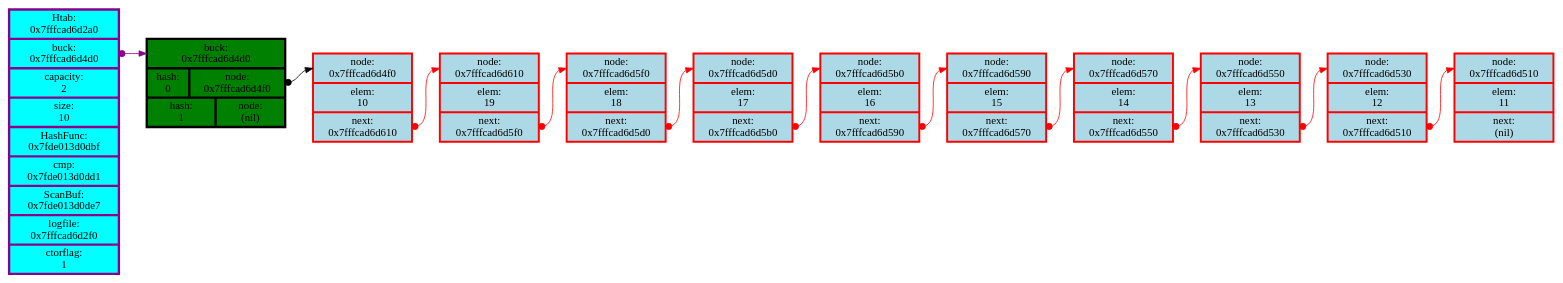
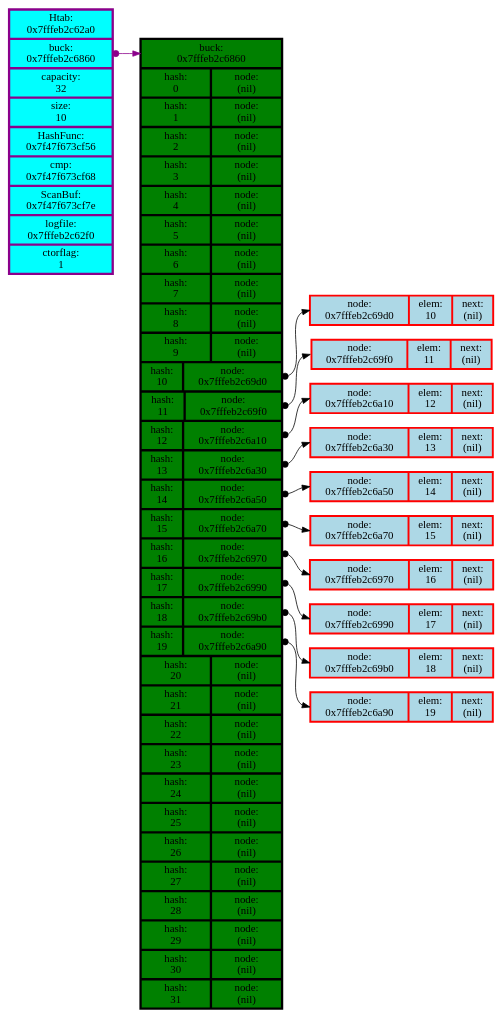
One commit to LegendaryHog/Hash_Tab changed the diagram in logs/graph_dump.dot. Above: the diagram before and after it, drawn with Graphviz. The commit also changed 4 other files, not shown here.

```diff
--- a/logs/graph_dump.dot
+++ b/logs/graph_dump.dot
@@ -1,57 +1,39 @@
 digraph G{
 	rankdir=LR;
 	node[color="red",shape=record];
-	HTAB [color = darkmagenta, style = filled, fillcolor = aqua, penwidth=3.0,  label = "Htab:\n 0x7fffcad6d2a0 | <BUCK> buck:\n 0x7fffcad6d4d0 | capacity:\n 2 | size:\n 10 | HashFunc:\n 0x7fde013d0dbf | cmp:\n 0x7fde013d0dd1 | ScanBuf:\n 0x7fde013d0de7 | logfile:\n 0x7fffcad6d2f0 | ctorflag:\n 1"];
+	HTAB [color = darkmagenta, style = filled, fillcolor = aqua, penwidth=3.0,  label = "Htab:\n 0x7fffeb2c62a0 | <BUCK> buck:\n 0x7fffeb2c6860 | capacity:\n 32 | size:\n 10 | HashFunc:\n 0x7f47f673cf56 | cmp:\n 0x7f47f673cf68 | ScanBuf:\n 0x7f47f673cf7e | logfile:\n 0x7fffeb2c62f0 | ctorflag:\n 1"];
 	subgraph BUCKET {
-		BUCKET [style = filled, fillcolor = green, penwidth=3.0, color = black, label = " <bucket> buck:\n0x7fffcad6d4d0 | {hash:\n 0 |<buck0> node:\n0x7fffcad6d4f0} | {hash:\n 1 |<buck1> node:\n(nil)}"];
+		BUCKET [style = filled, fillcolor = green, penwidth=3.0, color = black, label = " <bucket> buck:\n0x7fffeb2c6860 | {hash:\n 0 |<buck0> node:\n(nil)} | {hash:\n 1 |<buck1> node:\n(nil)} | {hash:\n 2 |<buck2> node:\n(nil)} | {hash:\n 3 |<buck3> node:\n(nil)} | {hash:\n 4 |<buck4> node:\n(nil)} | {hash:\n 5 |<buck5> node:\n(nil)} | {hash:\n 6 |<buck6> node:\n(nil)} | {hash:\n 7 |<buck7> node:\n(nil)} | {hash:\n 8 |<buck8> node:\n(nil)} | {hash:\n 9 |<buck9> node:\n(nil)} | {hash:\n 10 |<buck10> node:\n0x7fffeb2c69d0} | {hash:\n 11 |<buck11> node:\n0x7fffeb2c69f0} | {hash:\n 12 |<buck12> node:\n0x7fffeb2c6a10} | {hash:\n 13 |<buck13> node:\n0x7fffeb2c6a30} | {hash:\n 14 |<buck14> node:\n0x7fffeb2c6a50} | {hash:\n 15 |<buck15> node:\n0x7fffeb2c6a70} | {hash:\n 16 |<buck16> node:\n0x7fffeb2c6970} | {hash:\n 17 |<buck17> node:\n0x7fffeb2c6990} | {hash:\n 18 |<buck18> node:\n0x7fffeb2c69b0} | {hash:\n 19 |<buck19> node:\n0x7fffeb2c6a90} | {hash:\n 20 |<buck20> node:\n(nil)} | {hash:\n 21 |<buck21> node:\n(nil)} | {hash:\n 22 |<buck22> node:\n(nil)} | {hash:\n 23 |<buck23> node:\n(nil)} | {hash:\n 24 |<buck24> node:\n(nil)} | {hash:\n 25 |<buck25> node:\n(nil)} | {hash:\n 26 |<buck26> node:\n(nil)} | {hash:\n 27 |<buck27> node:\n(nil)} | {hash:\n 28 |<buck28> node:\n(nil)} | {hash:\n 29 |<buck29> node:\n(nil)} | {hash:\n 30 |<buck30> node:\n(nil)} | {hash:\n 31 |<buck31> node:\n(nil)}"];
 	}
 	HTAB:BUCK -> BUCKET:bucket[dir = both, arrowtail = dot, color = darkmagenta];
-	NODE_0_0 [style = filled, fillcolor = lightblue, penwidth = 2.5, label = "<node0> node:\n0x7fffcad6d4f0 | elem:\n10 | <next0> next:\n0x7fffcad6d610"];
-	NODE_0_1 [style = filled, fillcolor = lightblue, penwidth = 2.5, label = "<node1> node:\n0x7fffcad6d610 | elem:\n19 | <next1> next:\n0x7fffcad6d5f0"];
-	NODE_0_2 [style = filled, fillcolor = lightblue, penwidth = 2.5, label = "<node2> node:\n0x7fffcad6d5f0 | elem:\n18 | <next2> next:\n0x7fffcad6d5d0"];
-	NODE_0_3 [style = filled, fillcolor = lightblue, penwidth = 2.5, label = "<node3> node:\n0x7fffcad6d5d0 | elem:\n17 | <next3> next:\n0x7fffcad6d5b0"];
-	NODE_0_4 [style = filled, fillcolor = lightblue, penwidth = 2.5, label = "<node4> node:\n0x7fffcad6d5b0 | elem:\n16 | <next4> next:\n0x7fffcad6d590"];
-	NODE_0_5 [style = filled, fillcolor = lightblue, penwidth = 2.5, label = "<node5> node:\n0x7fffcad6d590 | elem:\n15 | <next5> next:\n0x7fffcad6d570"];
-	NODE_0_6 [style = filled, fillcolor = lightblue, penwidth = 2.5, label = "<node6> node:\n0x7fffcad6d570 | elem:\n14 | <next6> next:\n0x7fffcad6d550"];
-	NODE_0_7 [style = filled, fillcolor = lightblue, penwidth = 2.5, label = "<node7> node:\n0x7fffcad6d550 | elem:\n13 | <next7> next:\n0x7fffcad6d530"];
-	NODE_0_8 [style = filled, fillcolor = lightblue, penwidth = 2.5, label = "<node8> node:\n0x7fffcad6d530 | elem:\n12 | <next8> next:\n0x7fffcad6d510"];
-	NODE_0_9 [style = filled, fillcolor = lightblue, penwidth = 2.5, label = "<node9> node:\n0x7fffcad6d510 | elem:\n11 | <next9> next:\n(nil)"];
-	BUCKET:buck0 -> NODE_0_0:node0[dir = both, arrowtail = dot];
-	BUCKET:buck0 -> NODE_0_0[color = invis];
-	NODE_0_0 -> NODE_0_1 [color = invis];
-	NODE_0_0:next0 -> NODE_0_1:next1[color = invis];
-	NODE_0_0:node0 -> NODE_0_1:node1[color = invis];
-	NODE_0_0:next0 -> NODE_0_1:node1[dir = both, arrowtail = dot, color = red];
-	NODE_0_1 -> NODE_0_2 [color = invis];
-	NODE_0_1:next1 -> NODE_0_2:next2[color = invis];
-	NODE_0_1:node1 -> NODE_0_2:node2[color = invis];
-	NODE_0_1:next1 -> NODE_0_2:node2[dir = both, arrowtail = dot, color = red];
-	NODE_0_2 -> NODE_0_3 [color = invis];
-	NODE_0_2:next2 -> NODE_0_3:next3[color = invis];
-	NODE_0_2:node2 -> NODE_0_3:node3[color = invis];
-	NODE_0_2:next2 -> NODE_0_3:node3[dir = both, arrowtail = dot, color = red];
-	NODE_0_3 -> NODE_0_4 [color = invis];
-	NODE_0_3:next3 -> NODE_0_4:next4[color = invis];
-	NODE_0_3:node3 -> NODE_0_4:node4[color = invis];
-	NODE_0_3:next3 -> NODE_0_4:node4[dir = both, arrowtail = dot, color = red];
-	NODE_0_4 -> NODE_0_5 [color = invis];
-	NODE_0_4:next4 -> NODE_0_5:next5[color = invis];
-	NODE_0_4:node4 -> NODE_0_5:node5[color = invis];
-	NODE_0_4:next4 -> NODE_0_5:node5[dir = both, arrowtail = dot, color = red];
-	NODE_0_5 -> NODE_0_6 [color = invis];
-	NODE_0_5:next5 -> NODE_0_6:next6[color = invis];
-	NODE_0_5:node5 -> NODE_0_6:node6[color = invis];
-	NODE_0_5:next5 -> NODE_0_6:node6[dir = both, arrowtail = dot, color = red];
-	NODE_0_6 -> NODE_0_7 [color = invis];
-	NODE_0_6:next6 -> NODE_0_7:next7[color = invis];
-	NODE_0_6:node6 -> NODE_0_7:node7[color = invis];
-	NODE_0_6:next6 -> NODE_0_7:node7[dir = both, arrowtail = dot, color = red];
-	NODE_0_7 -> NODE_0_8 [color = invis];
-	NODE_0_7:next7 -> NODE_0_8:next8[color = invis];
-	NODE_0_7:node7 -> NODE_0_8:node8[color = invis];
-	NODE_0_7:next7 -> NODE_0_8:node8[dir = both, arrowtail = dot, color = red];
-	NODE_0_8 -> NODE_0_9 [color = invis];
-	NODE_0_8:next8 -> NODE_0_9:next9[color = invis];
-	NODE_0_8:node8 -> NODE_0_9:node9[color = invis];
-	NODE_0_8:next8 -> NODE_0_9:node9[dir = both, arrowtail = dot, color = red];
+	NODE_10_0 [style = filled, fillcolor = lightblue, penwidth = 2.5, label = "{<node0> node:\n0x7fffeb2c69d0 | elem:\n10 | <next0> next:\n(nil)}"];
+	BUCKET:buck10 -> NODE_10_0:node0[dir = both, arrowtail = dot];
+	BUCKET:buck10 -> NODE_10_0[color = invis];
+	NODE_11_0 [style = filled, fillcolor = lightblue, penwidth = 2.5, label = "{<node0> node:\n0x7fffeb2c69f0 | elem:\n11 | <next0> next:\n(nil)}"];
+	BUCKET:buck11 -> NODE_11_0:node0[dir = both, arrowtail = dot];
+	BUCKET:buck11 -> NODE_11_0[color = invis];
+	NODE_12_0 [style = filled, fillcolor = lightblue, penwidth = 2.5, label = "{<node0> node:\n0x7fffeb2c6a10 | elem:\n12 | <next0> next:\n(nil)}"];
+	BUCKET:buck12 -> NODE_12_0:node0[dir = both, arrowtail = dot];
+	BUCKET:buck12 -> NODE_12_0[color = invis];
+	NODE_13_0 [style = filled, fillcolor = lightblue, penwidth = 2.5, label = "{<node0> node:\n0x7fffeb2c6a30 | elem:\n13 | <next0> next:\n(nil)}"];
+	BUCKET:buck13 -> NODE_13_0:node0[dir = both, arrowtail = dot];
+	BUCKET:buck13 -> NODE_13_0[color = invis];
+	NODE_14_0 [style = filled, fillcolor = lightblue, penwidth = 2.5, label = "{<node0> node:\n0x7fffeb2c6a50 | elem:\n14 | <next0> next:\n(nil)}"];
+	BUCKET:buck14 -> NODE_14_0:node0[dir = both, arrowtail = dot];
+	BUCKET:buck14 -> NODE_14_0[color = invis];
+	NODE_15_0 [style = filled, fillcolor = lightblue, penwidth = 2.5, label = "{<node0> node:\n0x7fffeb2c6a70 | elem:\n15 | <next0> next:\n(nil)}"];
+	BUCKET:buck15 -> NODE_15_0:node0[dir = both, arrowtail = dot];
+	BUCKET:buck15 -> NODE_15_0[color = invis];
+	NODE_16_0 [style = filled, fillcolor = lightblue, penwidth = 2.5, label = "{<node0> node:\n0x7fffeb2c6970 | elem:\n16 | <next0> next:\n(nil)}"];
+	BUCKET:buck16 -> NODE_16_0:node0[dir = both, arrowtail = dot];
+	BUCKET:buck16 -> NODE_16_0[color = invis];
+	NODE_17_0 [style = filled, fillcolor = lightblue, penwidth = 2.5, label = "{<node0> node:\n0x7fffeb2c6990 | elem:\n17 | <next0> next:\n(nil)}"];
+	BUCKET:buck17 -> NODE_17_0:node0[dir = both, arrowtail = dot];
+	BUCKET:buck17 -> NODE_17_0[color = invis];
+	NODE_18_0 [style = filled, fillcolor = lightblue, penwidth = 2.5, label = "{<node0> node:\n0x7fffeb2c69b0 | elem:\n18 | <next0> next:\n(nil)}"];
+	BUCKET:buck18 -> NODE_18_0:node0[dir = both, arrowtail = dot];
+	BUCKET:buck18 -> NODE_18_0[color = invis];
+	NODE_19_0 [style = filled, fillcolor = lightblue, penwidth = 2.5, label = "{<node0> node:\n0x7fffeb2c6a90 | elem:\n19 | <next0> next:\n(nil)}"];
+	BUCKET:buck19 -> NODE_19_0:node0[dir = both, arrowtail = dot];
+	BUCKET:buck19 -> NODE_19_0[color = invis];
 }
```
